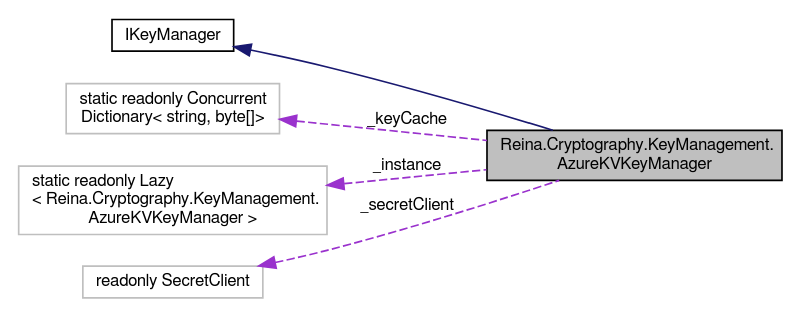
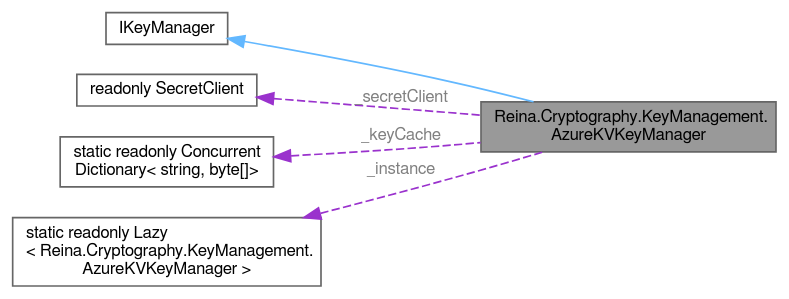
The diagram in class_reina_1_1_cryptography_1_1_key_management_1_1_azure_k_v_key_manager__coll__graph.dot (fkitsantas/Reina.Cryptography), drawn with Graphviz before and after one commit. The commit also changed 225 other files, not shown here.

```diff
--- a/class_reina_1_1_cryptography_1_1_key_management_1_1_azure_k_v_key_manager__coll__graph.dot
+++ b/class_reina_1_1_cryptography_1_1_key_management_1_1_azure_k_v_key_manager__coll__graph.dot
@@ -1,16 +1,17 @@
 digraph "Reina.Cryptography.KeyManagement.AzureKVKeyManager"
 {
  // LATEX_PDF_SIZE
-  edge [fontname="FreeSans",fontsize="10",labelfontname="FreeSans",labelfontsize="10"];
-  node [fontname="FreeSans",fontsize="10",shape=record];
+  bgcolor="transparent";
+  edge [fontname=FreeSans,fontsize=10,labelfontname=FreeSans,labelfontsize=10];
+  node [fontname=FreeSans,fontsize=10,shape=box,height=0.2,width=0.4];
   rankdir="LR";
-  Node1 [label="Reina.Cryptography.KeyManagement.\lAzureKVKeyManager",height=0.2,width=0.4,color="black", fillcolor="grey75", style="filled", fontcolor="black",tooltip="Manages 256-bit cryptographic keys by interfacing with Azure Key Vault, providing secure storage and ..."];
-  Node2 -> Node1 [dir="back",color="midnightblue",fontsize="10",style="solid",fontname="FreeSans"];
-  Node2 [label="IKeyManager",height=0.2,width=0.4,color="black", fillcolor="white", style="filled",URL="$interface_reina_1_1_cryptography_1_1_interfaces_1_1_i_key_manager.html",tooltip="Defines the contract for key management services responsible for providing encryption keys."];
-  Node3 -> Node1 [dir="back",color="darkorchid3",fontsize="10",style="dashed",label=" _keyCache" ,fontname="FreeSans"];
-  Node3 [label="static readonly Concurrent\lDictionary\< string, byte[]\>",height=0.2,width=0.4,color="grey75", fillcolor="white", style="filled",tooltip=" "];
-  Node4 -> Node1 [dir="back",color="darkorchid3",fontsize="10",style="dashed",label=" _instance" ,fontname="FreeSans"];
-  Node4 [label="static readonly Lazy\l\< Reina.Cryptography.KeyManagement.\lAzureKVKeyManager \>",height=0.2,width=0.4,color="grey75", fillcolor="white", style="filled",tooltip=" "];
-  Node5 -> Node1 [dir="back",color="darkorchid3",fontsize="10",style="dashed",label=" _secretClient" ,fontname="FreeSans"];
-  Node5 [label="readonly SecretClient",height=0.2,width=0.4,color="grey75", fillcolor="white", style="filled",tooltip=" "];
+  Node1 [id="Node000001",label="Reina.Cryptography.KeyManagement.\lAzureKVKeyManager",height=0.2,width=0.4,color="gray40", fillcolor="grey60", style="filled", fontcolor="black",tooltip="Manages 256-bit cryptographic keys by interfacing with Azure Key Vault, providing secure storage and ..."];
+  Node2 -> Node1 [id="edge1_Node000001_Node000002",dir="back",color="steelblue1",style="solid",tooltip=" "];
+  Node2 [id="Node000002",label="IKeyManager",height=0.2,width=0.4,color="gray40", fillcolor="white", style="filled",URL="$interface_reina_1_1_cryptography_1_1_interfaces_1_1_i_key_manager.html",tooltip="Defines the contract for key management services responsible for providing encryption keys."];
+  Node3 -> Node1 [id="edge2_Node000001_Node000003",dir="back",color="darkorchid3",style="dashed",tooltip=" ",label=" _secretClient",fontcolor="grey" ];
+  Node3 [id="Node000003",label="readonly SecretClient",height=0.2,width=0.4,color="gray40", fillcolor="white", style="filled",tooltip=" "];
+  Node4 -> Node1 [id="edge3_Node000001_Node000004",dir="back",color="darkorchid3",style="dashed",tooltip=" ",label=" _keyCache",fontcolor="grey" ];
+  Node4 [id="Node000004",label="static readonly Concurrent\lDictionary\< string, byte[]\>",height=0.2,width=0.4,color="gray40", fillcolor="white", style="filled",tooltip=" "];
+  Node5 -> Node1 [id="edge4_Node000001_Node000005",dir="back",color="darkorchid3",style="dashed",tooltip=" ",label=" _instance",fontcolor="grey" ];
+  Node5 [id="Node000005",label="static readonly Lazy\l\< Reina.Cryptography.KeyManagement.\lAzureKVKeyManager \>",height=0.2,width=0.4,color="gray40", fillcolor="white", style="filled",tooltip=" "];
 }
```
